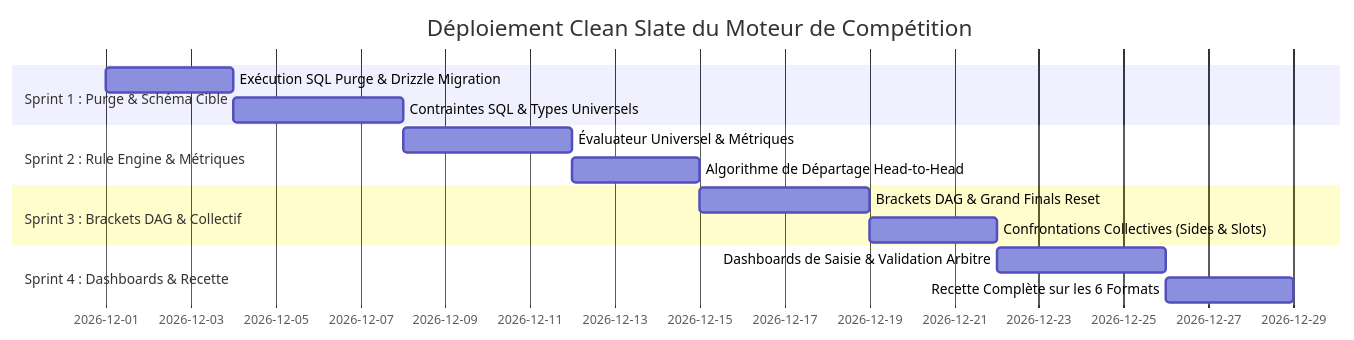
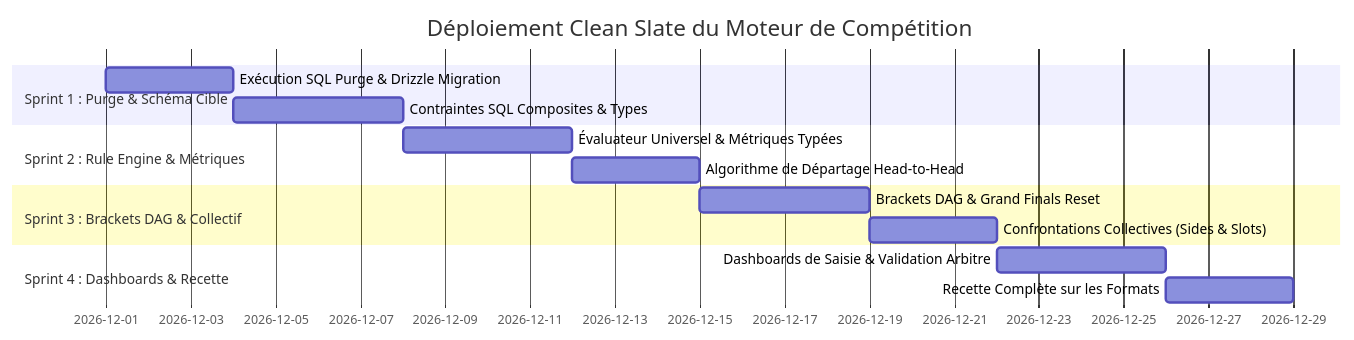
The second of 2 diagrams in docs/audit-competition/07-IMPLEMENTATION-ROADMAP.md (AbdoulRachid-Mz/games-trafic), drawn with Mermaid before and after one commit. The commit also changed other lines of this file and 3 other files, not shown here.

````diff
--- a/docs/audit-competition/07-IMPLEMENTATION-ROADMAP.md
+++ b/docs/audit-competition/07-IMPLEMENTATION-ROADMAP.md
@@ -67,17 +99,17 @@
 ```mermaid
 gantt
     title Déploiement Clean Slate du Moteur de Compétition
     dateFormat  YYYY-MM-DD
     section Sprint 1 : Purge & Schéma Cible
     Exécution SQL Purge & Drizzle Migration   :s1_1, 2026-12-01, 3d
-    Contraintes SQL & Types Universels        :s1_2, after s1_1, 4d
+    Contraintes SQL Composites & Types        :s1_2, after s1_1, 4d
     section Sprint 2 : Rule Engine & Métriques
-    Évaluateur Universel & Métriques          :s2_1, after s1_2, 4d
+    Évaluateur Universel & Métriques Typées   :s2_1, after s1_2, 4d
     Algorithme de Départage Head-to-Head      :s2_2, after s2_1, 3d
     section Sprint 3 : Brackets DAG & Collectif
     Brackets DAG & Grand Finals Reset         :s3_1, after s2_2, 4d
     Confrontations Collectives (Sides & Slots):s3_2, after s3_1, 3d
     section Sprint 4 : Dashboards & Recette
     Dashboards de Saisie & Validation Arbitre :s4_1, after s3_2, 4d
-    Recette Complète sur les 6 Formats        :s4_2, after s4_1, 3d
+    Recette Complète sur les Formats          :s4_2, after s4_1, 3d
 ```
````
